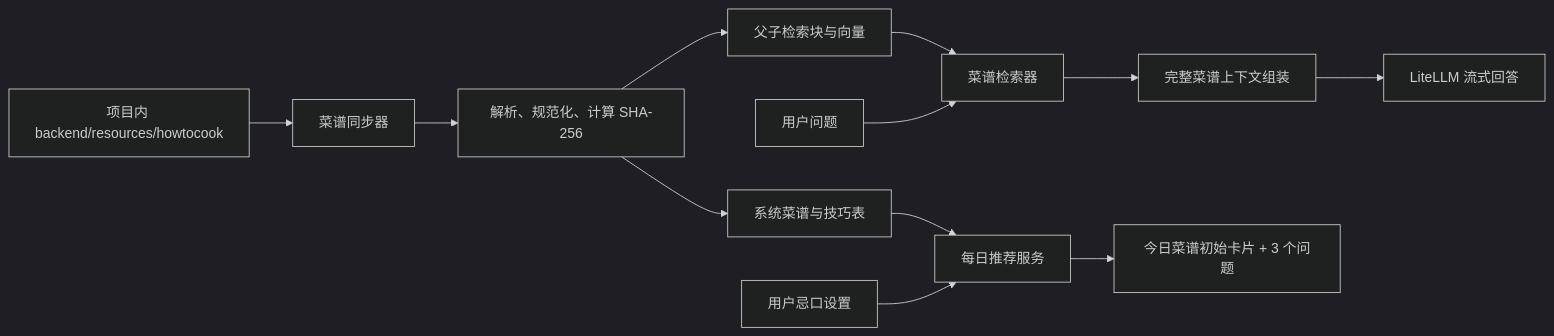
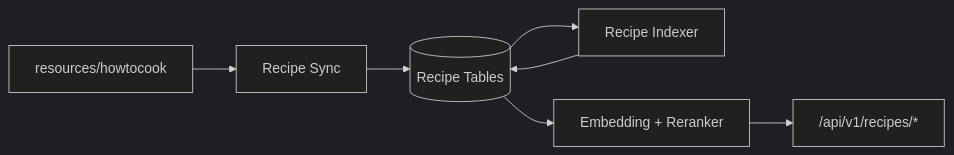
Before and after one commit to Diving-Di/Cortex: the diagram in docs/TODAY_RECIPE_IMPLEMENTATION_PLAN.md, drawn with Mermaid (dark theme). The commit also changed other lines of this file and 76 other files, not shown here.

````diff
--- a/docs/TODAY_RECIPE_IMPLEMENTATION_PLAN.md
+++ b/docs/TODAY_RECIPE_IMPLEMENTATION_PLAN.md
@@ -107,14 +16,13 @@
 ```mermaid
 flowchart LR
-    A["项目内 backend/resources/howtocook"] --> B["菜谱同步器"]
-    B --> C["解析、规范化、计算 SHA-256"]
-    C --> D["系统菜谱与技巧表"]
-    C --> E["父子检索块与向量"]
-    D --> F["每日推荐服务"]
-    E --> G["菜谱检索器"]
-    H["用户忌口设置"] --> F
-    I["用户问题"] --> G
-    G --> J["完整菜谱上下文组装"]
-    J --> K["LiteLLM 流式回答"]
-    F --> L["今日菜谱初始卡片 + 3 个问题"]
+    SOURCE["resources/howtocook"]
+    SYNC["Recipe Sync"]
+    DB[("Recipe Tables")]
+    INDEX["Recipe Indexer"]
+    RETRIEVE["Embedding + Reranker"]
+    API["/api/v1/recipes/*"]
+
+    SOURCE --> SYNC --> DB
+    DB --> INDEX --> DB
+    DB --> RETRIEVE --> API
 ```
````
